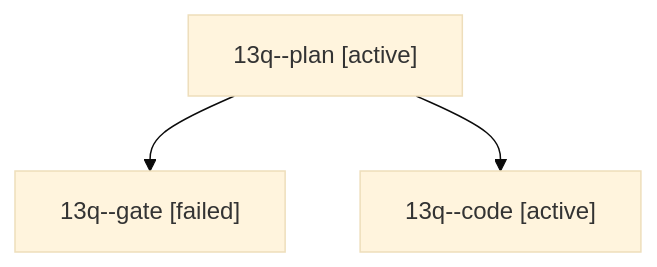
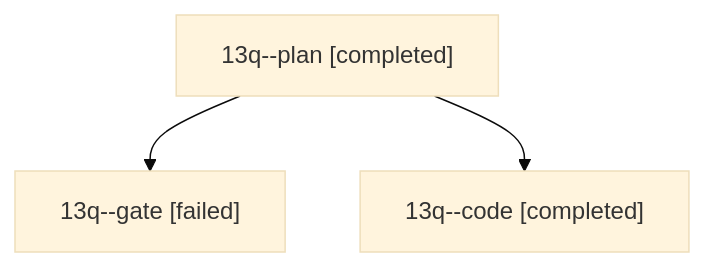
The diagram in sessions/bbugyi200.athena.13q.md (bobs-org/bob-cli--agents), drawn with Mermaid (base theme) before and after one commit. The commit also changed other lines of this file and 183 other files, not shown here.

````diff
--- a/sessions/bbugyi200.athena.13q.md
+++ b/sessions/bbugyi200.athena.13q.md
@@ -9,8 +9,8 @@
 ```mermaid
 flowchart TD
-  n0["13q--plan [active]"]
+  n0["13q--plan [completed]"]
   n1["13q--gate [failed]"]
   n0 --> n1
-  n2["13q--code [active]"]
+  n2["13q--code [completed]"]
   n0 --> n2
 ```
````
